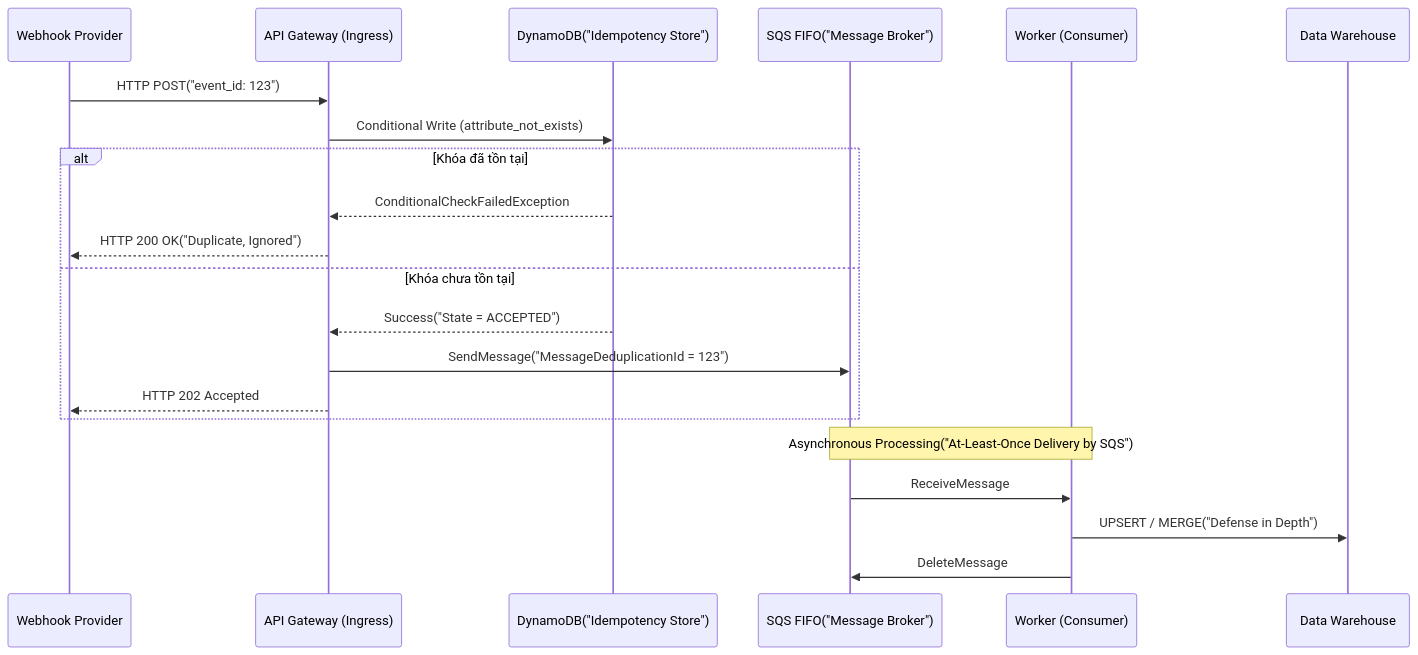
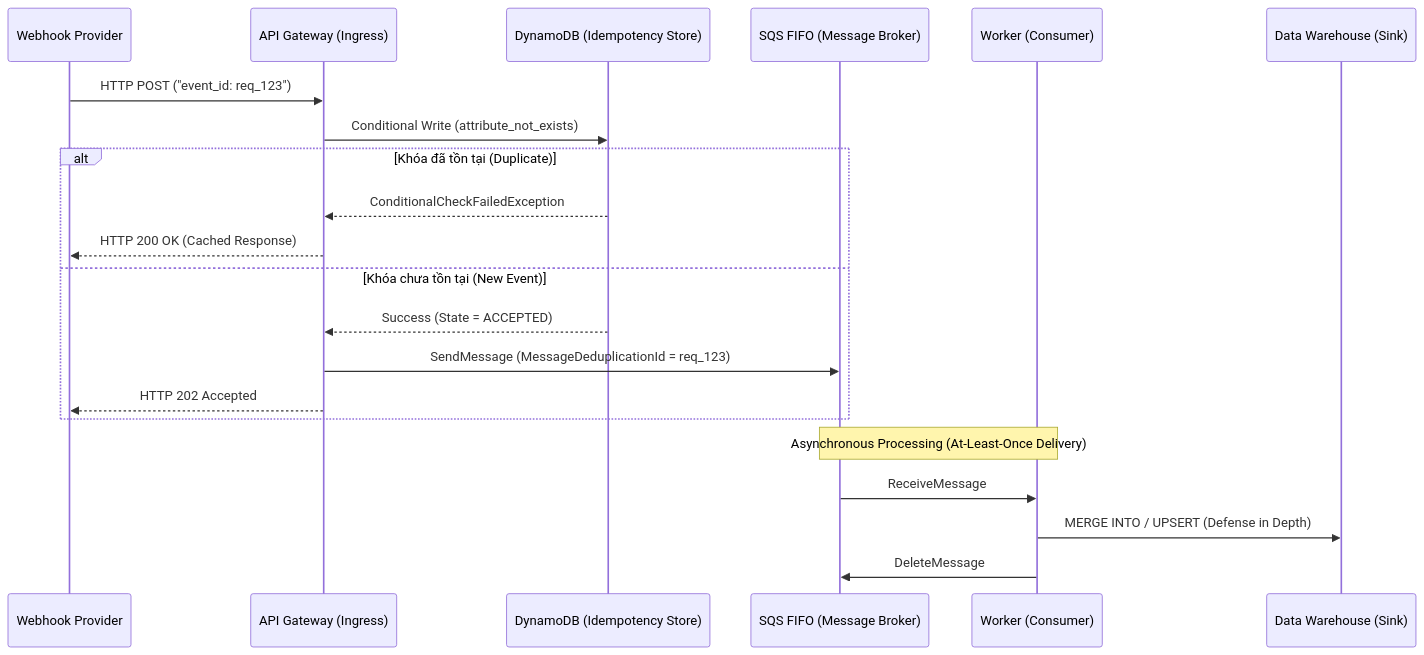
The diagram in src/content/docs/concepts/2-data-ingestion-integration/webhook-idempotency.md (kythuatdulieu/kythuatdulieu.github.io), drawn with Mermaid before and after one commit. The commit also changed other lines of this file and 228 other files, not shown here.

Commit message:
Fix syntax and rewrite 200+ concepts docs to deep-dive system architecture and add GA4 tracking to quiz app

````diff
--- a/src/content/docs/concepts/2-data-ingestion-integration/webhook-idempotency.md
+++ b/src/content/docs/concepts/2-data-ingestion-integration/webhook-idempotency.md
@@ -53,25 +59,26 @@
 ```mermaid
 sequenceDiagram
     participant P as Webhook Provider
     participant API as API Gateway (Ingress)
-    participant DDB as DynamoDB("Idempotency Store")
-    participant SQS as SQS FIFO("Message Broker")
+    participant DDB as DynamoDB (Idempotency Store)
+    participant SQS as SQS FIFO (Message Broker)
     participant W as Worker (Consumer)
-    participant DW as Data Warehouse
+    participant DW as Data Warehouse (Sink)
 
-    P->>API: HTTP POST("event_id: 123")
+    P->>API: HTTP POST ("event_id: req_123")
     API->>DDB: Conditional Write (attribute_not_exists)
-    alt Khóa đã tồn tại
+    
+    alt Khóa đã tồn tại (Duplicate)
         DDB-->>API: ConditionalCheckFailedException
-        API-->>P: HTTP 200 OK("Duplicate, Ignored")
-    else Khóa chưa tồn tại
-        DDB-->>API: Success("State = ACCEPTED")
-        API->>SQS: SendMessage("MessageDeduplicationId = 123")
+        API-->>P: HTTP 200 OK (Cached Response)
+    else Khóa chưa tồn tại (New Event)
+        DDB-->>API: Success (State = ACCEPTED)
+        API->>SQS: SendMessage (MessageDeduplicationId = req_123)
         API-->>P: HTTP 202 Accepted
     end
 
-    Note over SQS, W: Asynchronous Processing("At-Least-Once Delivery by SQS")
+    Note over SQS, W: Asynchronous Processing (At-Least-Once Delivery)
     SQS->>W: ReceiveMessage
-    W->>DW: UPSERT / MERGE("Defense in Depth")
+    W->>DW: MERGE INTO / UPSERT (Defense in Depth)
     W->>SQS: DeleteMessage
 ```
````
